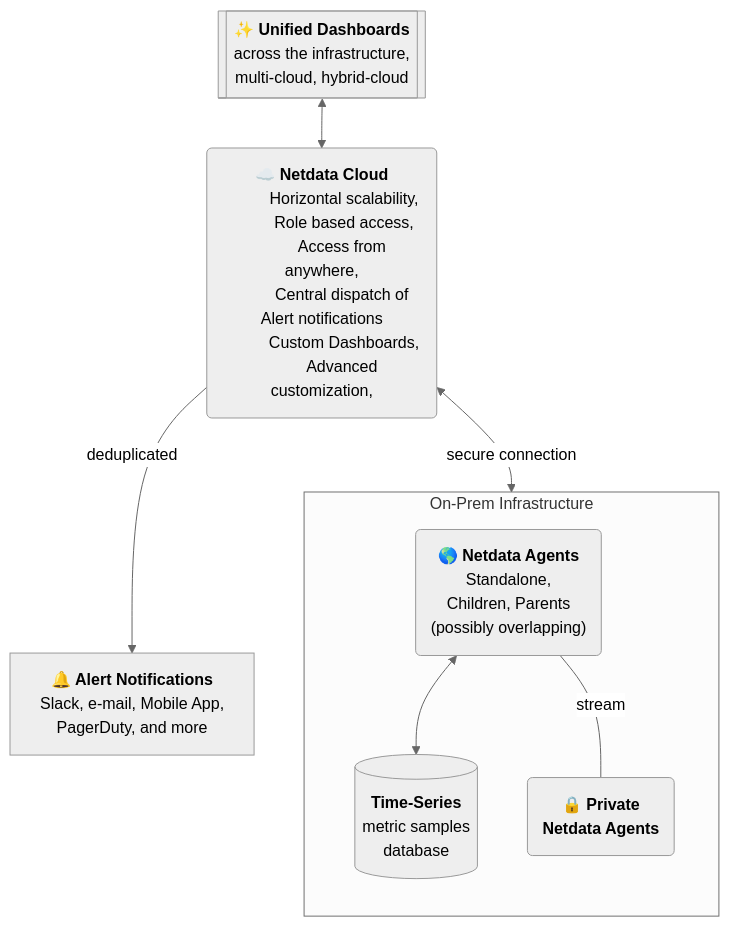
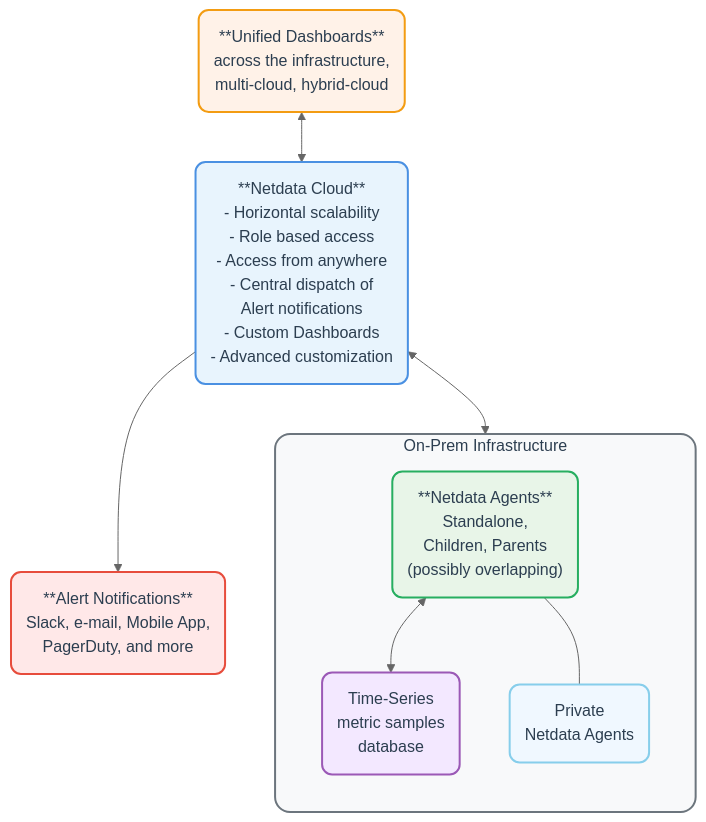
One commit to netdata/netdata changed the diagram in docs/netdata-cloud/README.md. Above: the diagram before and after it, drawn with Mermaid (neutral theme). The commit also changed other lines of this file and 7 other files, not shown here.

````diff
--- a/docs/netdata-cloud/README.md
+++ b/docs/netdata-cloud/README.md
@@ -12,34 +19,65 @@
 ```mermaid
 flowchart TB
-    NC("<b>☁️ Netdata Cloud</b>
-          Horizontal scalability,
-          Role based access,
-          Access from anywhere,
-          Central dispatch of Alert notifications
-          Custom Dashboards,
-          Advanced customization,
-          ")
-    Users[["<b>✨ Unified Dashboards</b>
-            across the infrastructure,
-            multi-cloud, hybrid-cloud"]]
-    Notifications["<b>🔔 Alert Notifications</b>
-                    Slack, e-mail, Mobile App,
-                    PagerDuty, and more"]
-    Users <--> NC
-    NC -->|deduplicated| Notifications
-    subgraph On-Prem Infrastructure
-        direction TB
-        Agents("<b>🌎 Netdata Agents</b>
-                Standalone,
-                Children, Parents
-                (possibly overlapping)")
-        TimeSeries[("<b>Time-Series</b>
-                    metric samples
-                    database")]
-        PrivateAgents("<b>🔒 Private
-                        Netdata Agents</b>")
-        Agents <--> TimeSeries
-        Agents ---|stream| PrivateAgents
-    end
-    NC <-->|secure connection| Agents
+   NC[NC]
+   Users[Users]
+   Notifications[Notifications]
+
+   NC("**Netdata Cloud**
+- Horizontal scalability
+- Role based access
+- Access from anywhere
+- Central dispatch of<br/>Alert notifications
+- Custom Dashboards
+- Advanced customization")
+
+Users("**Unified Dashboards**
+across the infrastructure,
+multi-cloud, hybrid-cloud")
+
+Notifications("**Alert Notifications**
+Slack, e-mail, Mobile App,
+PagerDuty, and more")
+
+Users <--> NC
+NC --> Notifications
+
+subgraph infrastructure["On-Prem Infrastructure"]
+direction TB
+Agents[Agents]
+TimeSeries[TimeSeries]
+PrivateAgents[PrivateAgents]
+
+Agents("**Netdata Agents**
+Standalone,
+Children, Parents
+(possibly overlapping)")
+
+TimeSeries("Time-Series
+metric samples
+database")
+
+PrivateAgents("Private
+Netdata Agents")
+
+Agents <--> TimeSeries
+Agents --- PrivateAgents
+end
+
+NC <--> Agents
+
+classDef cloud fill: #e8f4fd, stroke: #4a90e2, stroke-width: 2px, color: #2c3e50, rx: 10, ry: 10
+classDef users fill: #fff2e8, stroke: #f39c12, stroke-width: 2px, color: #2c3e50, rx: 10, ry: 10
+classDef notifications fill: #ffe8e8, stroke: #e74c3c, stroke-width: 2px, color: #2c3e50, rx: 10, ry: 10
+classDef agents fill: #e8f5e8, stroke: #27ae60, stroke-width: 2px, color: #2c3e50, rx: 10, ry: 10
+classDef timeseries fill: #f3e8ff, stroke: #9b59b6, stroke-width: 2px, color: #2c3e50, rx: 10, ry: 10
+classDef private fill: #f0f8ff, stroke: #87ceeb, stroke-width: 2px, color: #2c3e50, rx: 10, ry: 10
+classDef subgraphStyle fill: #f8f9fa, stroke: #6c757d, stroke-width: 2px, color: #2c3e50, rx: 15, ry: 15
+
+class NC cloud
+class Users users
+class Notifications notifications
+class Agents agents
+class TimeSeries timeseries
+class PrivateAgents private
+class infrastructure subgraphStyle
 ```
````
